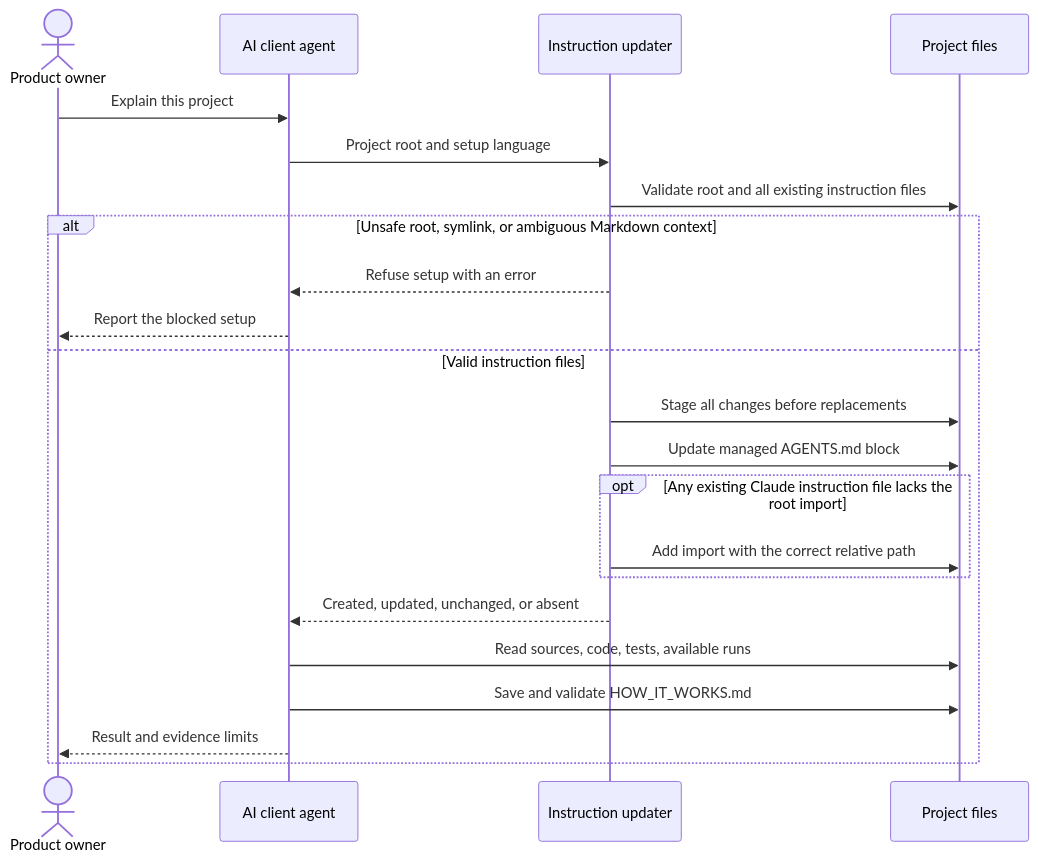
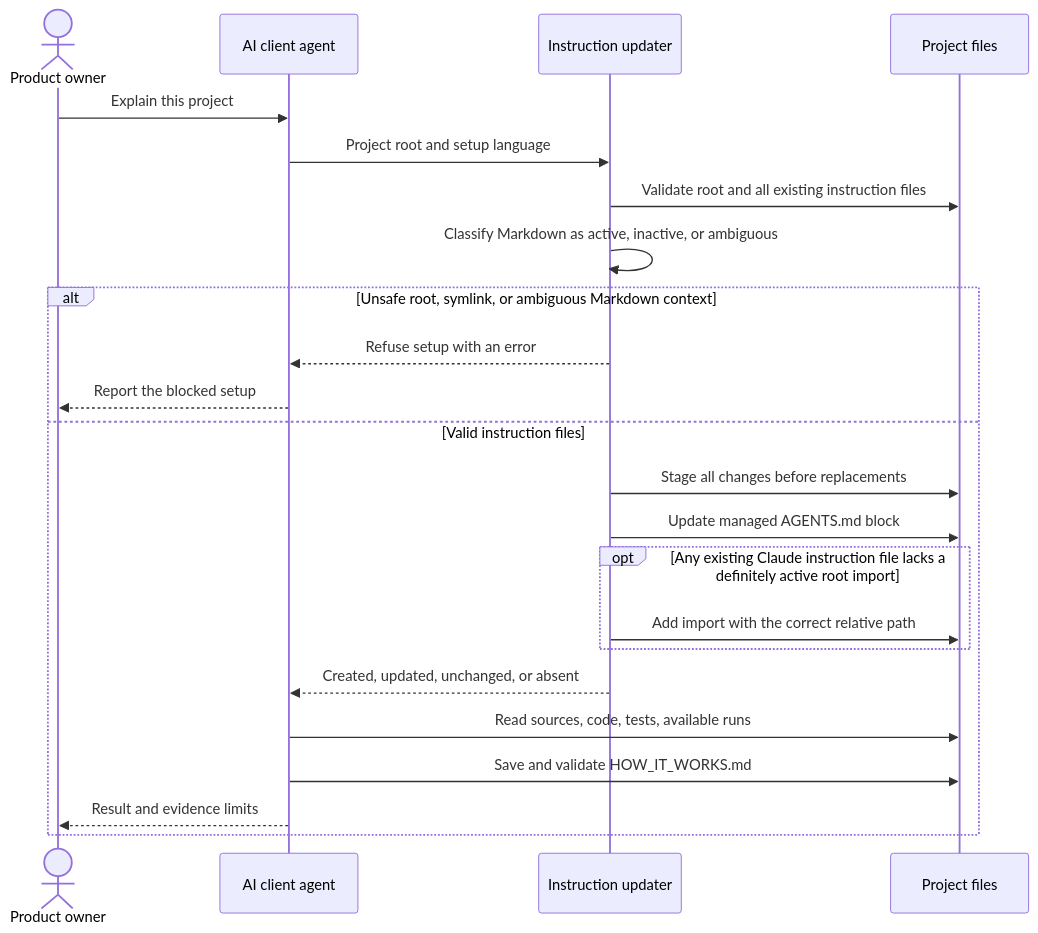
Before and after one commit to joevilcai666/how-it-works-skill: the second of 3 diagrams in HOW_IT_WORKS.md, drawn with Mermaid. The commit also changed other lines of this file and 4 other files, not shown here.

Commit message:
fix: reject ambiguous Markdown instruction contexts

````diff
--- a/HOW_IT_WORKS.md
+++ b/HOW_IT_WORKS.md
@@ -53,24 +53,25 @@
 ```mermaid
 sequenceDiagram
   actor Owner as Product owner
   participant Agent as AI client agent
   participant Setup as Instruction updater
   participant Project as Project files
   Owner->>Agent: Explain this project
   Agent->>Setup: Project root and setup language
   Setup->>Project: Validate root and all existing instruction files
+  Setup->>Setup: Classify Markdown as active, inactive, or ambiguous
   alt Unsafe root, symlink, or ambiguous Markdown context
     Setup-->>Agent: Refuse setup with an error
     Agent-->>Owner: Report the blocked setup
   else Valid instruction files
     Setup->>Project: Stage all changes before replacements
     Setup->>Project: Update managed AGENTS.md block
-    opt Any existing Claude instruction file lacks the root import
+    opt Any existing Claude instruction file lacks a definitely active root import
       Setup->>Project: Add import with the correct relative path
     end
     Setup-->>Agent: Created, updated, unchanged, or absent
     Agent->>Project: Read sources, code, tests, available runs
     Agent->>Project: Save and validate HOW_IT_WORKS.md
     Agent-->>Owner: Result and evidence limits
   end
 ```
````
